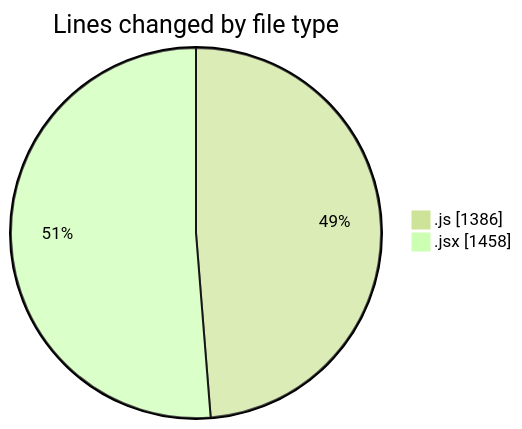
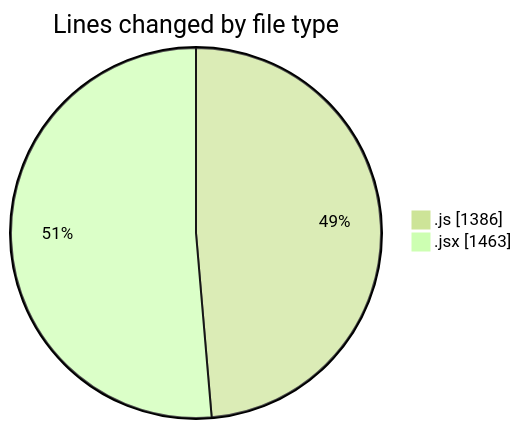
Before and after one commit to nxtqubesakshisongat/code-tracking: the first of 2 diagrams in 2025-07-29/nxtqube_webapp/README.md, drawn with Mermaid (forest theme). The commit also changed other lines of this file and 1 other file, not shown here.

````diff
--- a/2025-07-29/nxtqube_webapp/README.md
+++ b/2025-07-29/nxtqube_webapp/README.md
@@ -27,6 +27,6 @@
 ```mermaid
 pie showData
 title Lines changed by file type
 ".js" : 1386
-".jsx" : 1458
+".jsx" : 1463
 ```
````
